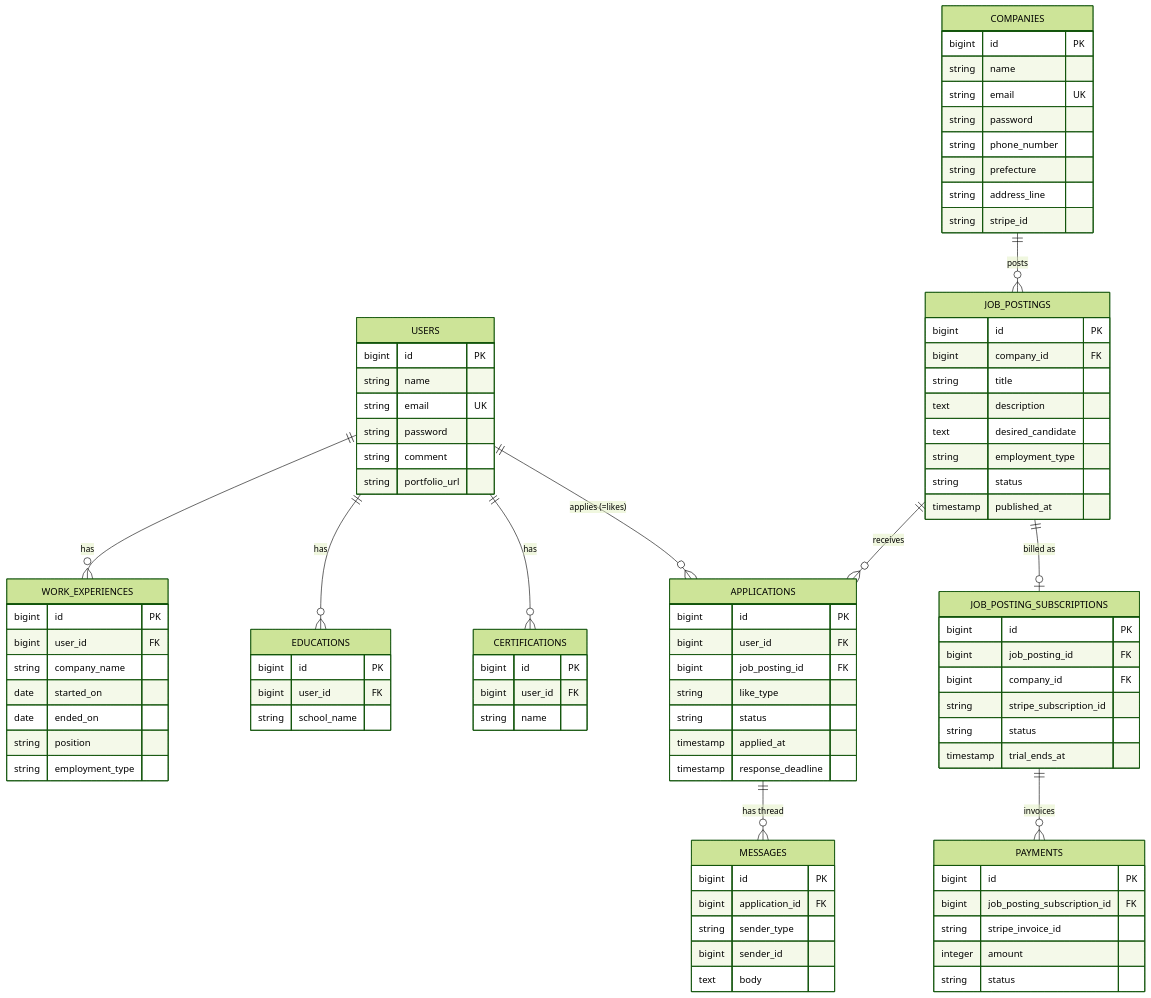
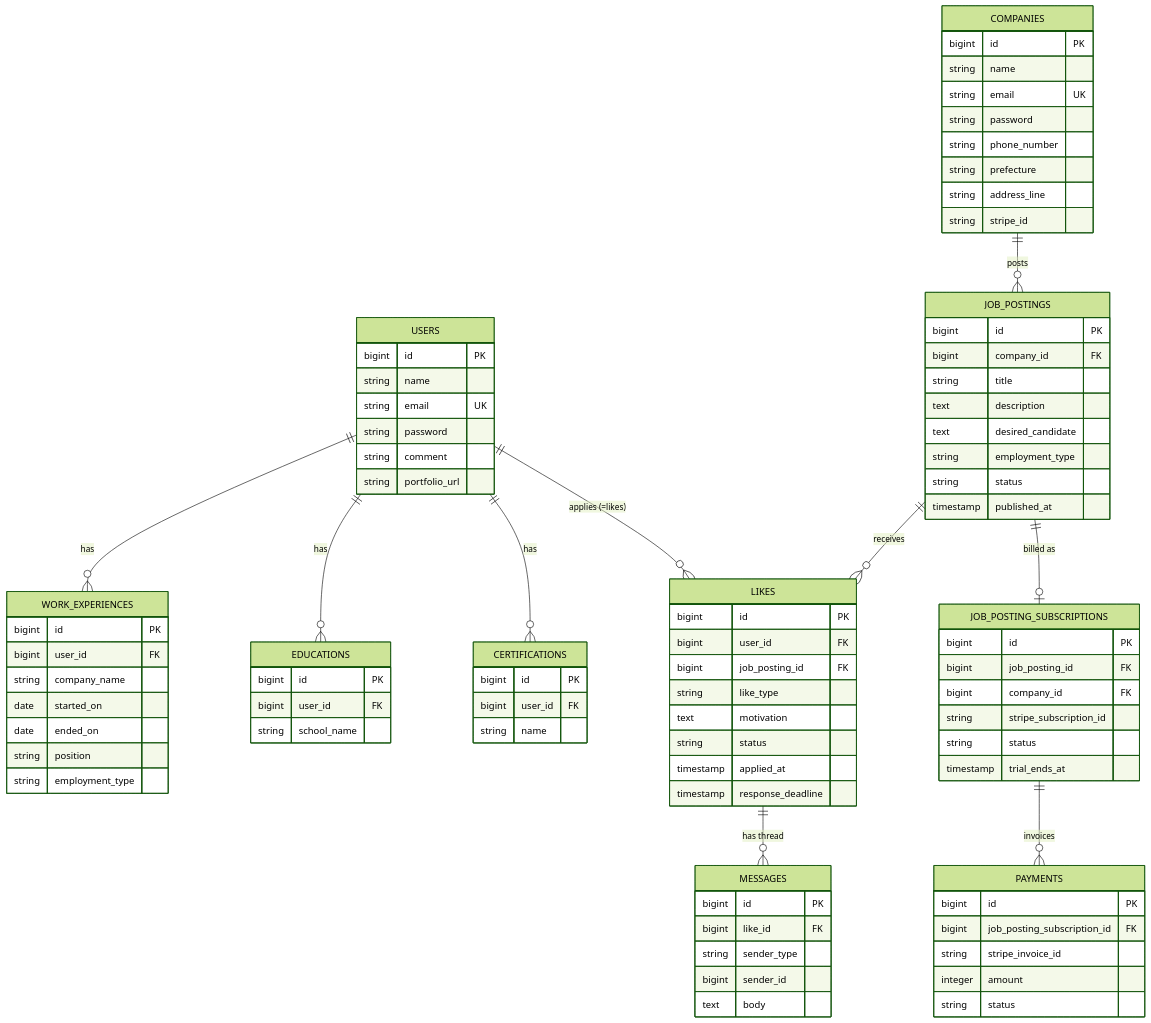
The diagram in DB_DESIGN.md (kabochan73/Match2), drawn with Mermaid (forest theme) before and after one commit. The commit also changed other lines of this file and 27 other files, not shown here.

First line of the commit message:
Rename applications table/concept to likes

```diff
--- a/DB_DESIGN.md
+++ b/DB_DESIGN.md
@@ -12,9 +12,9 @@
     USERS ||--o{ WORK_EXPERIENCES : "has"
     USERS ||--o{ EDUCATIONS : "has"
     USERS ||--o{ CERTIFICATIONS : "has"
-    USERS ||--o{ APPLICATIONS : "applies (=likes)"
-    JOB_POSTINGS ||--o{ APPLICATIONS : "receives"
-    APPLICATIONS ||--o{ MESSAGES : "has thread"
+    USERS ||--o{ LIKES : "applies (=likes)"
+    JOB_POSTINGS ||--o{ LIKES : "receives"
+    LIKES ||--o{ MESSAGES : "has thread"
     JOB_POSTINGS ||--o| JOB_POSTING_SUBSCRIPTIONS : "billed as"
     JOB_POSTING_SUBSCRIPTIONS ||--o{ PAYMENTS : "invoices"
 
@@ -65,18 +65,19 @@
         bigint user_id FK
         string name
     }
-    APPLICATIONS {
+    LIKES {
         bigint id PK
         bigint user_id FK
         bigint job_posting_id FK
         string like_type
+        text motivation
         string status
         timestamp applied_at
         timestamp response_deadline
     }
     MESSAGES {
         bigint id PK
-        bigint application_id FK
+        bigint like_id FK
         string sender_type
         bigint sender_id
         text body
```
